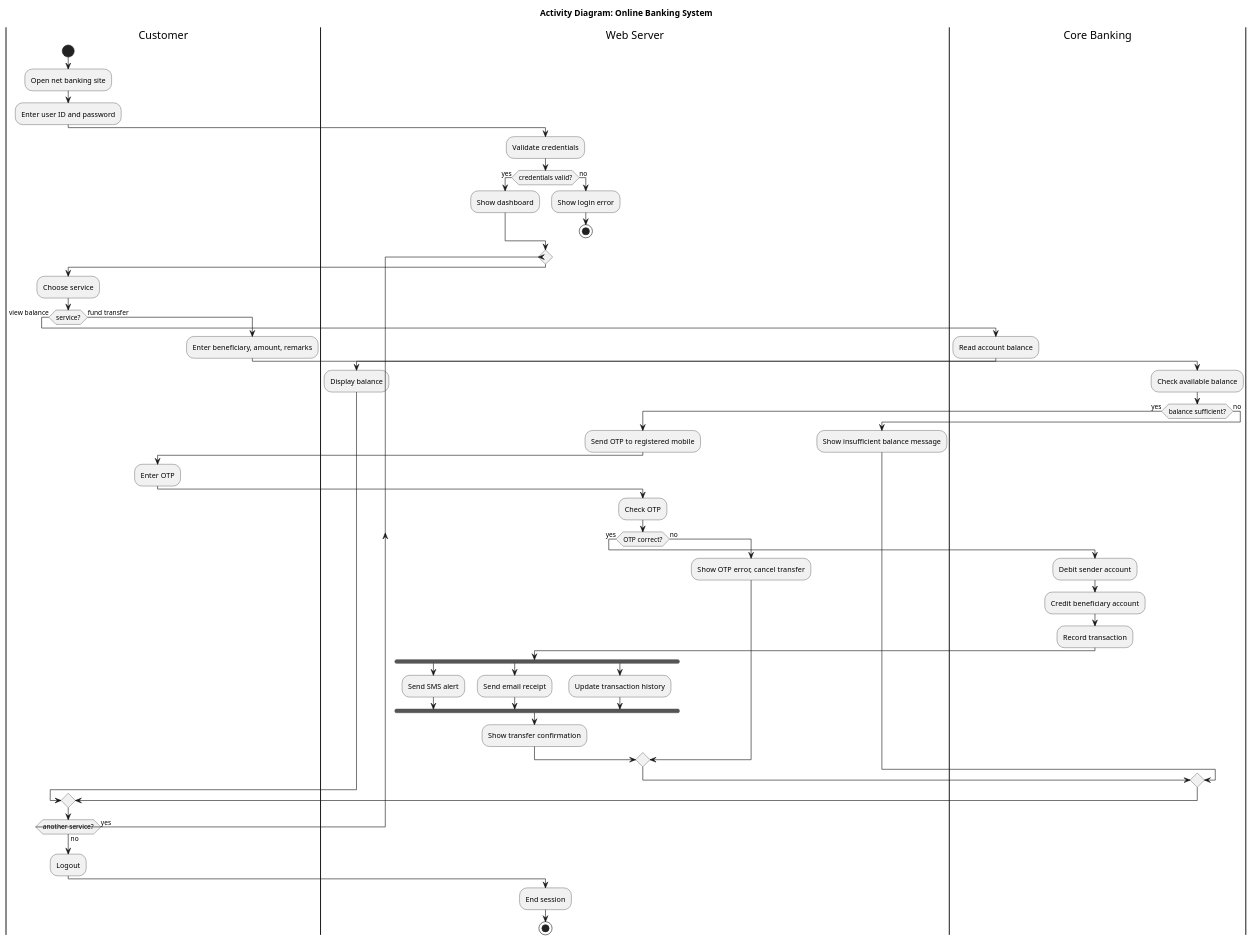
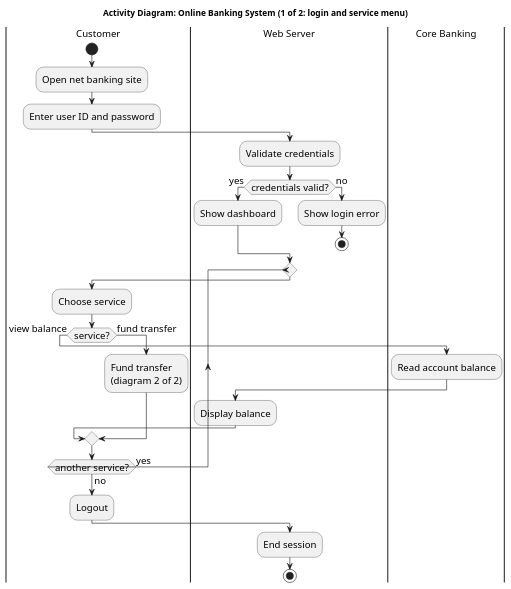
One commit to theetherGit/mca-ignou-labs changed the diagram in public/code/mcsl-222/section-1/session-5/online_banking_activity.puml. Above: the diagram before and after it, drawn with PlantUML. The commit also changed 33 other files, not shown here.

First line of the commit message:
feat(diagrams): print-legible layouts; wide pictures print sideways

```diff
--- a/public/code/mcsl-222/section-1/session-5/online_banking_activity.puml
+++ b/public/code/mcsl-222/section-1/session-5/online_banking_activity.puml
@@ -1,63 +1,36 @@
 @startuml
-title Activity Diagram: Online Banking System
+skinparam defaultFontSize 16
+skinparam ActivityFontSize 16
+title Activity Diagram: Online Banking System (1 of 2: login and service menu)
 |Customer|
 start
 :Open net banking site;
 :Enter user ID and password;
 |Web Server|
 :Validate credentials;
 if (credentials valid?) then (yes)
   :Show dashboard;
 else (no)
   :Show login error;
   stop
 endif
 repeat
   |Customer|
   :Choose service;
   if (service?) then (view balance)
     |Core Banking|
     :Read account balance;
     |Web Server|
     :Display balance;
   else (fund transfer)
     |Customer|
-    :Enter beneficiary, amount, remarks;
-    |Core Banking|
-    :Check available balance;
-    if (balance sufficient?) then (yes)
-      |Web Server|
-      :Send OTP to registered mobile;
-      |Customer|
-      :Enter OTP;
-      |Web Server|
-      :Check OTP;
-      if (OTP correct?) then (yes)
-        |Core Banking|
-        :Debit sender account;
-        :Credit beneficiary account;
-        :Record transaction;
-        |Web Server|
-        fork
-          :Send SMS alert;
-        fork again
-          :Send email receipt;
-        fork again
-          :Update transaction history;
-        end fork
-        :Show transfer confirmation;
-      else (no)
-        :Show OTP error, cancel transfer;
-      endif
-    else (no)
-      |Web Server|
-      :Show insufficient balance message;
-    endif
+    :Fund transfer
+    (diagram 2 of 2);
   endif
   |Customer|
 repeat while (another service?) is (yes) not (no)
 :Logout;
 |Web Server|
 :End session;
 stop
 @enduml
```
